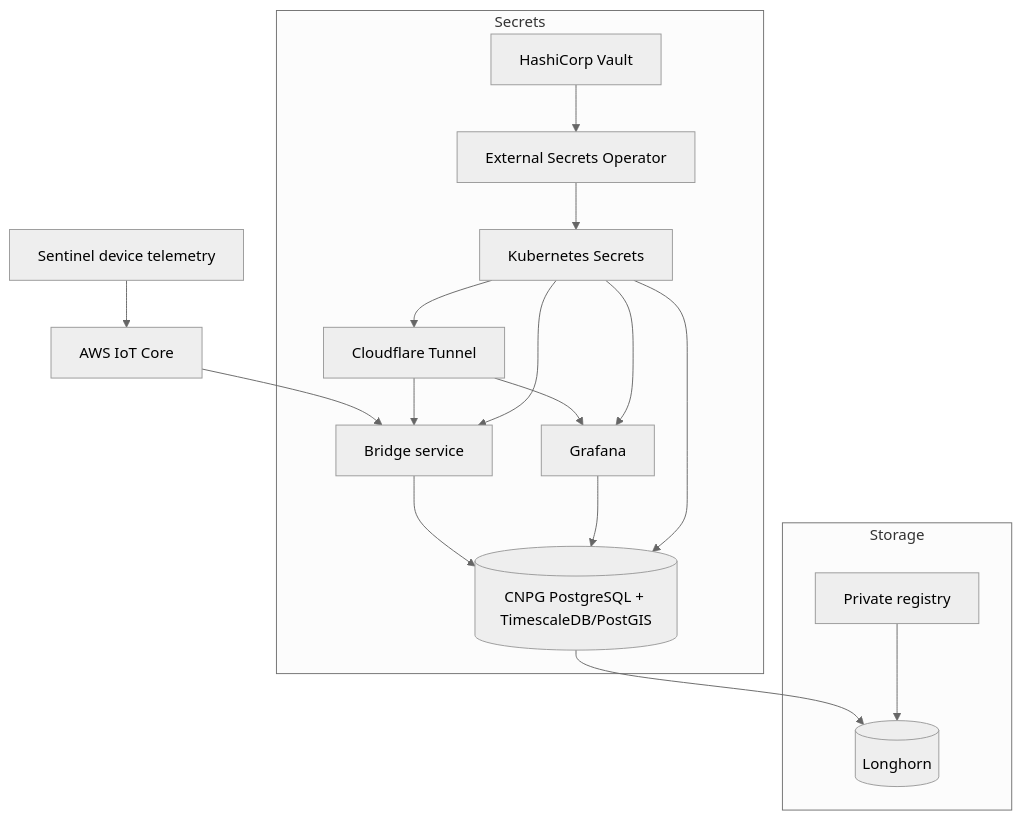
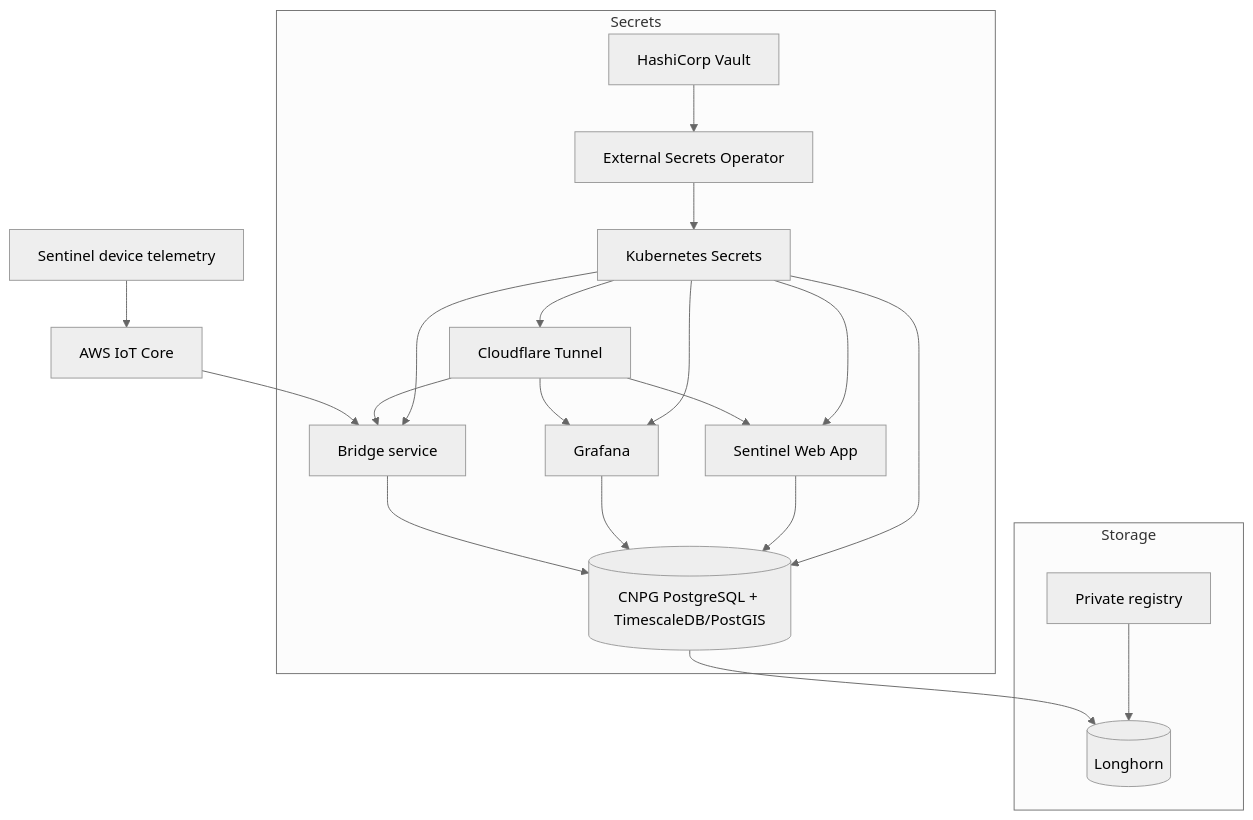
One commit to akubima/sentinel-infra changed the diagram in README.md. Above: the diagram before and after it, drawn with Mermaid (neutral theme). The commit also changed other lines of this file, not shown here.

Commit message:
docs: update README.md to include sentinel-app deployment steps

````diff
--- a/README.md
+++ b/README.md
@@ -14,23 +14,26 @@
 ```mermaid
 graph TD
     Device[Sentinel device telemetry] --> AWSIoT[AWS IoT Core]
     AWSIoT --> Bridge[Bridge service]
     Bridge --> Postgres[(CNPG PostgreSQL + TimescaleDB/PostGIS)]
     Grafana[Grafana] --> Postgres
+    SentinelApp[Sentinel Web App] --> Postgres
     Cloudflared[Cloudflare Tunnel] --> Grafana
     Cloudflared --> Bridge
+    Cloudflared --> SentinelApp
 
     subgraph Secrets
         Vault[HashiCorp Vault] --> ESO[External Secrets Operator]
         ESO --> K8sSecrets[Kubernetes Secrets]
         K8sSecrets --> Bridge
         K8sSecrets --> Grafana
         K8sSecrets --> Postgres
         K8sSecrets --> Cloudflared
+        K8sSecrets --> SentinelApp
     end
 
     subgraph Storage
         Postgres --> Longhorn[(Longhorn)]
         Registry[Private registry] --> Longhorn
     end
 ```
````
